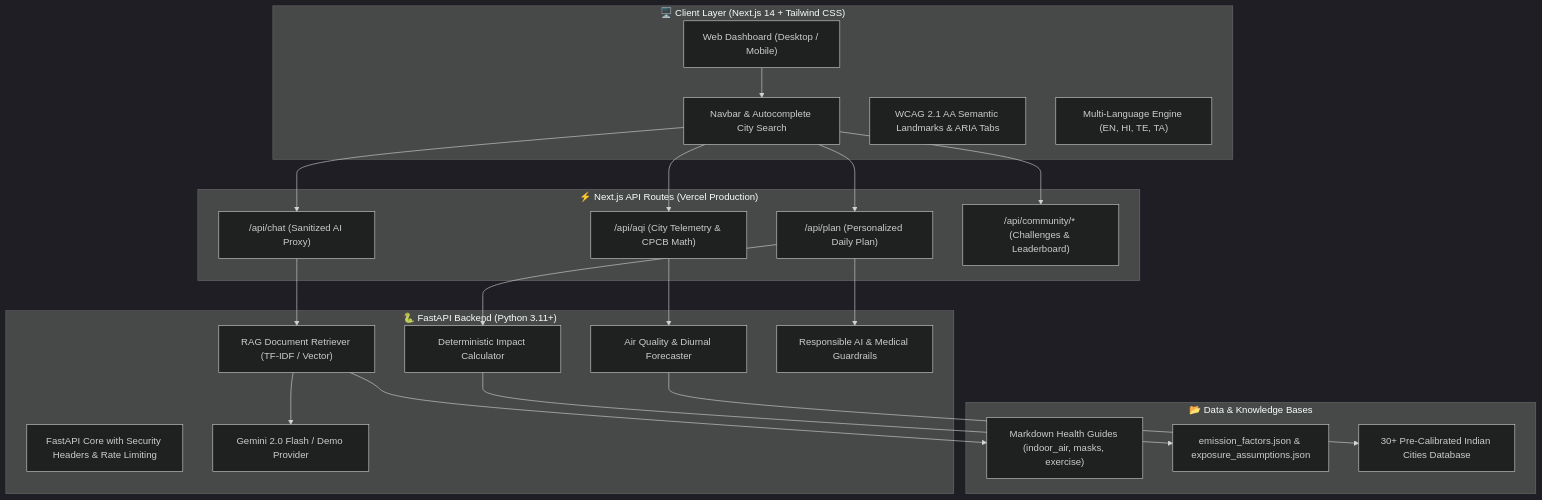
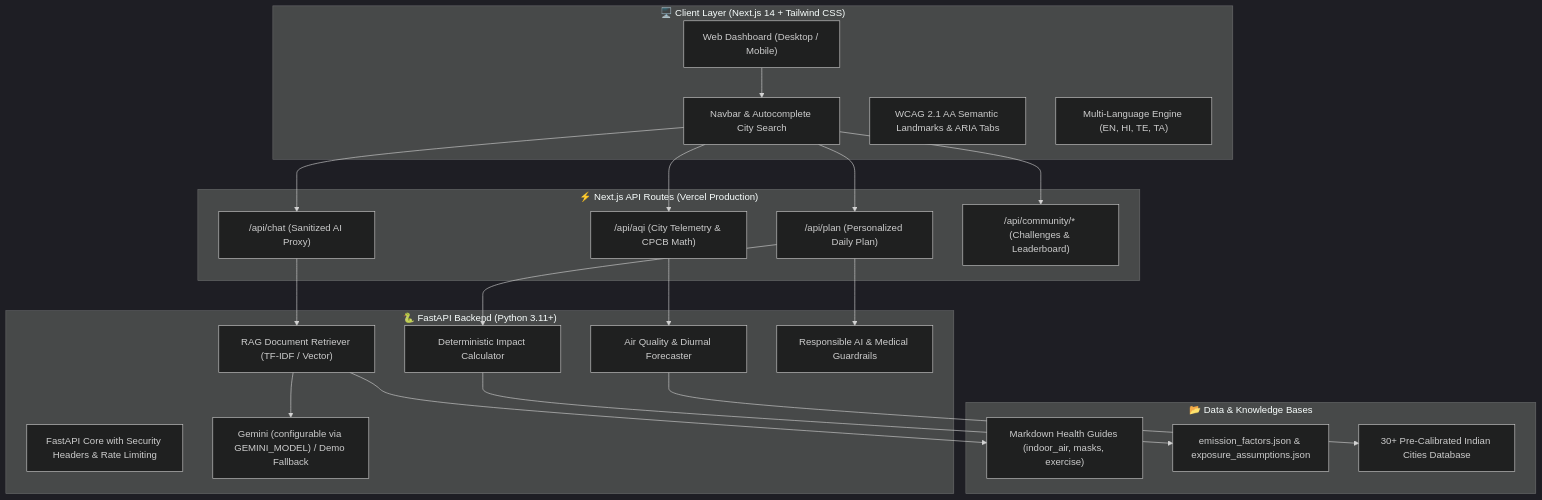
The diagram in README.md (kushal3698/BreatheWise-Air-Quality-Assistance), drawn with Mermaid (dark theme) before and after one commit. The commit also changed other lines of this file and 2 other files, not shown here.

Commit message:
docs: calibrate sample plan response math, Gemini model config and fallbacks, and CPCB interpolation caps

````diff
--- a/README.md
+++ b/README.md
@@ -133,39 +133,39 @@
 ```mermaid
 flowchart TD
     subgraph Client["🖥️ Client Layer (Next.js 14 + Tailwind CSS)"]
         UI["Web Dashboard (Desktop / Mobile)"]
         NAV["Navbar & Autocomplete City Search"]
         A11Y["WCAG 2.1 AA Semantic Landmarks & ARIA Tabs"]
         I18N["Multi-Language Engine (EN, HI, TE, TA)"]
     end
 
     subgraph Serverless["⚡ Next.js API Routes (Vercel Production)"]
         ROUTE_AQI["/api/aqi (City Telemetry & CPCB Math)"]
         ROUTE_PLAN["/api/plan (Personalized Daily Plan)"]
         ROUTE_CHAT["/api/chat (Sanitized AI Proxy)"]
         ROUTE_COMM["/api/community/* (Challenges & Leaderboard)"]
     end
 
     subgraph Backend["🐍 FastAPI Backend (Python 3.11+)"]
         API_GW["FastAPI Core with Security Headers & Rate Limiting"]
         AQ_SVC["Air Quality & Diurnal Forecaster"]
         RAG_SVC["RAG Document Retriever (TF-IDF / Vector)"]
         IMPACT_SVC["Deterministic Impact Calculator"]
         SAFETY_SVC["Responsible AI & Medical Guardrails"]
-        LLM_SVC["Gemini 2.0 Flash / Demo Provider"]
+        LLM_SVC["Gemini (configurable via GEMINI_MODEL) / Demo Fallback"]
     end
 
     subgraph Data["📂 Data & Knowledge Bases"]
         KB["Markdown Health Guides (indoor_air, masks, exercise)"]
         EMISSIONS["emission_factors.json & exposure_assumptions.json"]
         GEO["30+ Pre-Calibrated Indian Cities Database"]
     end
 
     UI --> NAV --> ROUTE_AQI & ROUTE_PLAN & ROUTE_CHAT & ROUTE_COMM
     ROUTE_AQI --> AQ_SVC
     ROUTE_PLAN --> IMPACT_SVC & SAFETY_SVC
     ROUTE_CHAT --> RAG_SVC --> LLM_SVC
     AQ_SVC --> GEO
     IMPACT_SVC --> EMISSIONS
     RAG_SVC --> KB
 ```
````
